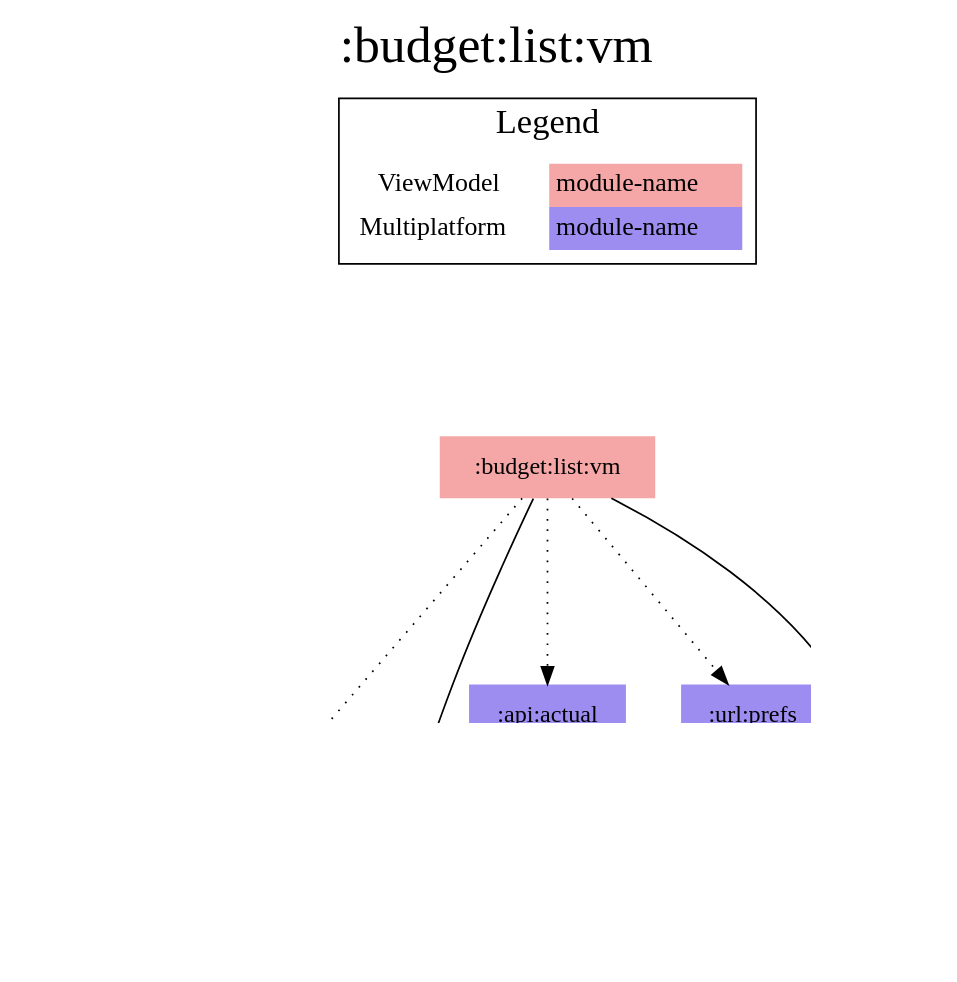
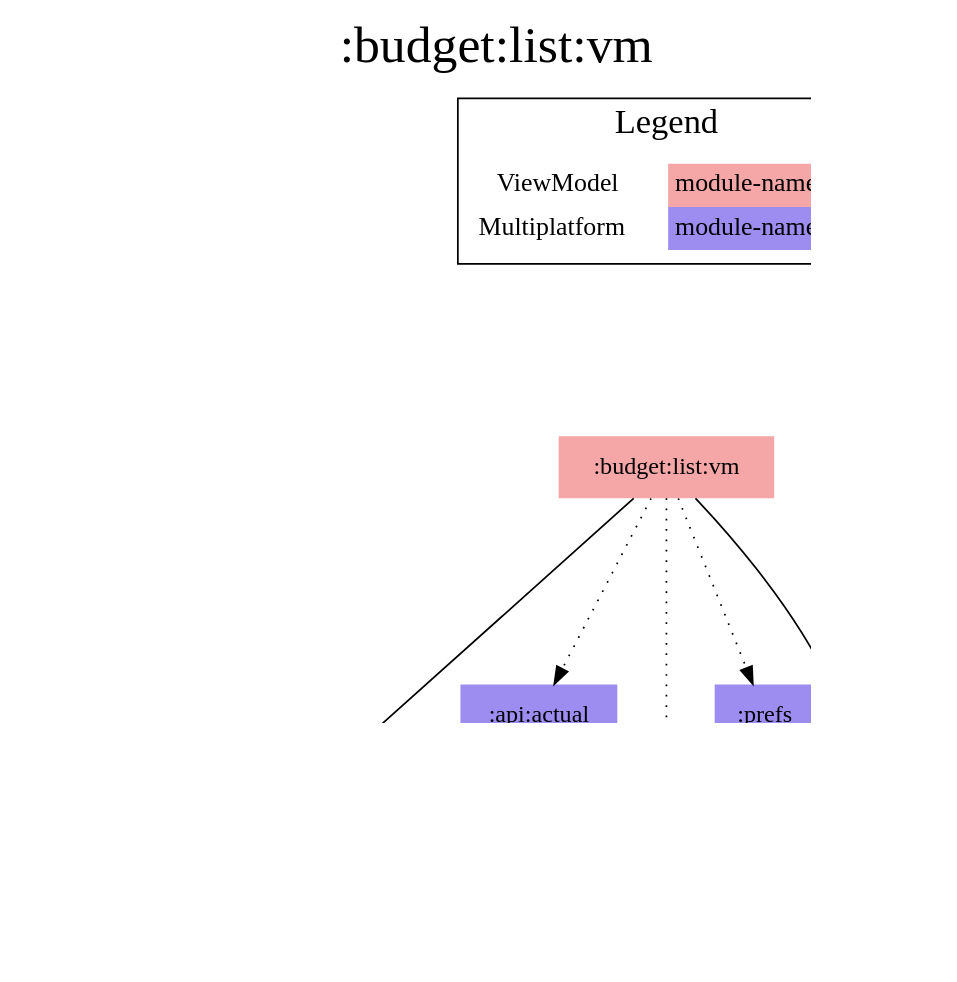
The diagram in modules/budget/list/vm/modules.dot (jonapoul/aktual), drawn with Graphviz before and after one commit. The commit also changed 56 other files, not shown here.

```diff
--- a/modules/budget/list/vm/modules.dot
+++ b/modules/budget/list/vm/modules.dot
@@ -1,36 +1,37 @@
 digraph {
 edge ["dir"="forward"]
 graph ["dpi"="100","label"=":budget:list:vm","labelloc"="t","fontsize"="30","ranksep"="1.5","rankdir"="TB"]
 node ["style"="filled"]
 ":account:model" ["fillcolor"="#9D8DF1","shape"="none"]
 ":api:actual" ["fillcolor"="#9D8DF1","shape"="none"]
 ":budget:list:vm" ["fillcolor"="#F5A6A6","shape"="none"]
 ":budget:model" ["fillcolor"="#9D8DF1","shape"="none"]
 ":codegen:annotation" ["fillcolor"="#9D8DF1","shape"="none"]
 ":core:model" ["fillcolor"="#9D8DF1","shape"="none"]
-":url:prefs" ["fillcolor"="#9D8DF1","shape"="none"]
+":prefs" ["fillcolor"="#9D8DF1","shape"="none"]
 {
 edge ["dir"="none"]
 graph ["rank"="same"]
 }
 ":api:actual" -> ":account:model"
 ":api:actual" -> ":budget:model"
 ":api:actual" -> ":codegen:annotation" ["style"="dotted"]
 ":api:actual" -> ":core:model"
 ":budget:list:vm" -> ":account:model" ["style"="dotted"]
 ":budget:list:vm" -> ":api:actual" ["style"="dotted"]
 ":budget:list:vm" -> ":budget:model"
 ":budget:list:vm" -> ":core:model"
-":budget:list:vm" -> ":url:prefs" ["style"="dotted"]
-":url:prefs" -> ":core:model"
+":budget:list:vm" -> ":prefs" ["style"="dotted"]
+":prefs" -> ":account:model"
+":prefs" -> ":core:model"
 subgraph "cluster_legend" {
 edge ["dir"="none"]
 graph ["label"="Legend","fontsize"="20"]
 "Legend" ["style"="filled","fillcolor"="#FFFFFF","shape"="none","margin"="0","fontsize"="15","label"=<
 <TABLE BORDER="0" CELLBORDER="0" CELLSPACING="0" CELLPADDING="4">
 <TR><TD>ViewModel</TD><TD BGCOLOR="#F5A6A6">module-name</TD></TR>
 <TR><TD>Multiplatform</TD><TD BGCOLOR="#9D8DF1">module-name</TD></TR>
 </TABLE>
 >]
 } -> ":budget:list:vm" ["style"="invis"]
 }
```
